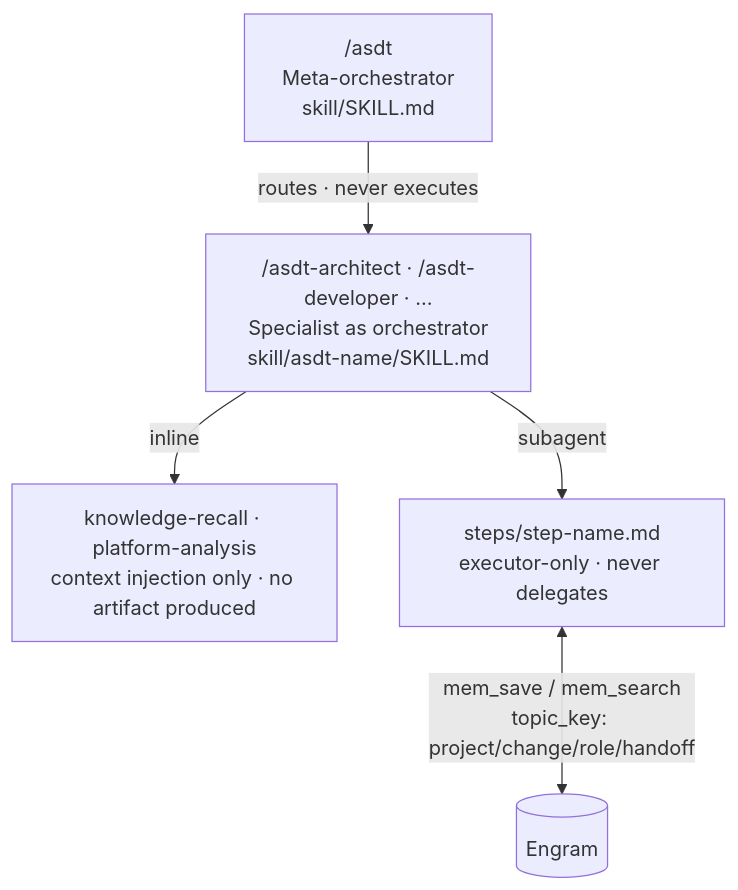
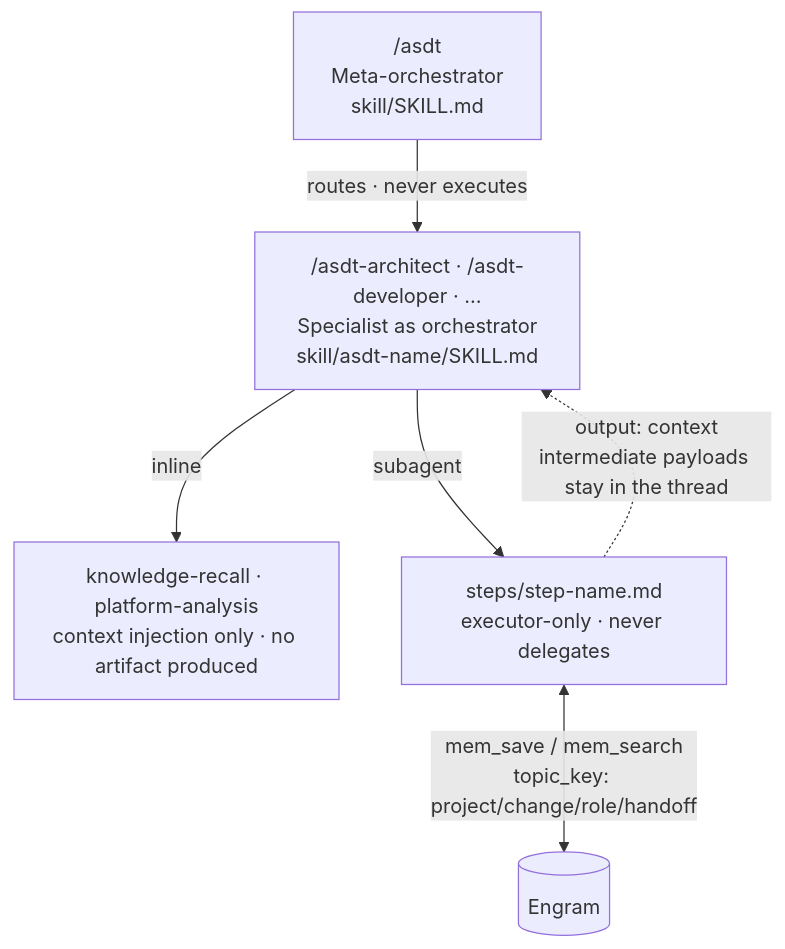
One commit to vitualizz/asdt changed the diagram in skill/README.md. Above: the diagram before and after it, drawn with Mermaid. The commit also changed other lines of this file and 29 other files, not shown here.

````diff
--- a/skill/README.md
+++ b/skill/README.md
@@ -7,12 +7,13 @@
 ```mermaid
 flowchart TD
     A["/asdt\nMeta-orchestrator\nskill/SKILL.md"]
     A -->|routes · never executes| B
 
     B["/asdt-architect · /asdt-developer · …\nSpecialist as orchestrator\nskill/asdt-name/SKILL.md"]
 
     B -->|inline| C["knowledge-recall · platform-analysis\ncontext injection only · no artifact produced"]
     B -->|subagent| D["steps/step-name.md\nexecutor-only · never delegates"]
 
+    D -.->|"output: context\nintermediate payloads stay in the thread"| B
     D <-->|"mem_save / mem_search\ntopic_key: project/change/role/handoff"| E[(Engram)]
 ```
````
